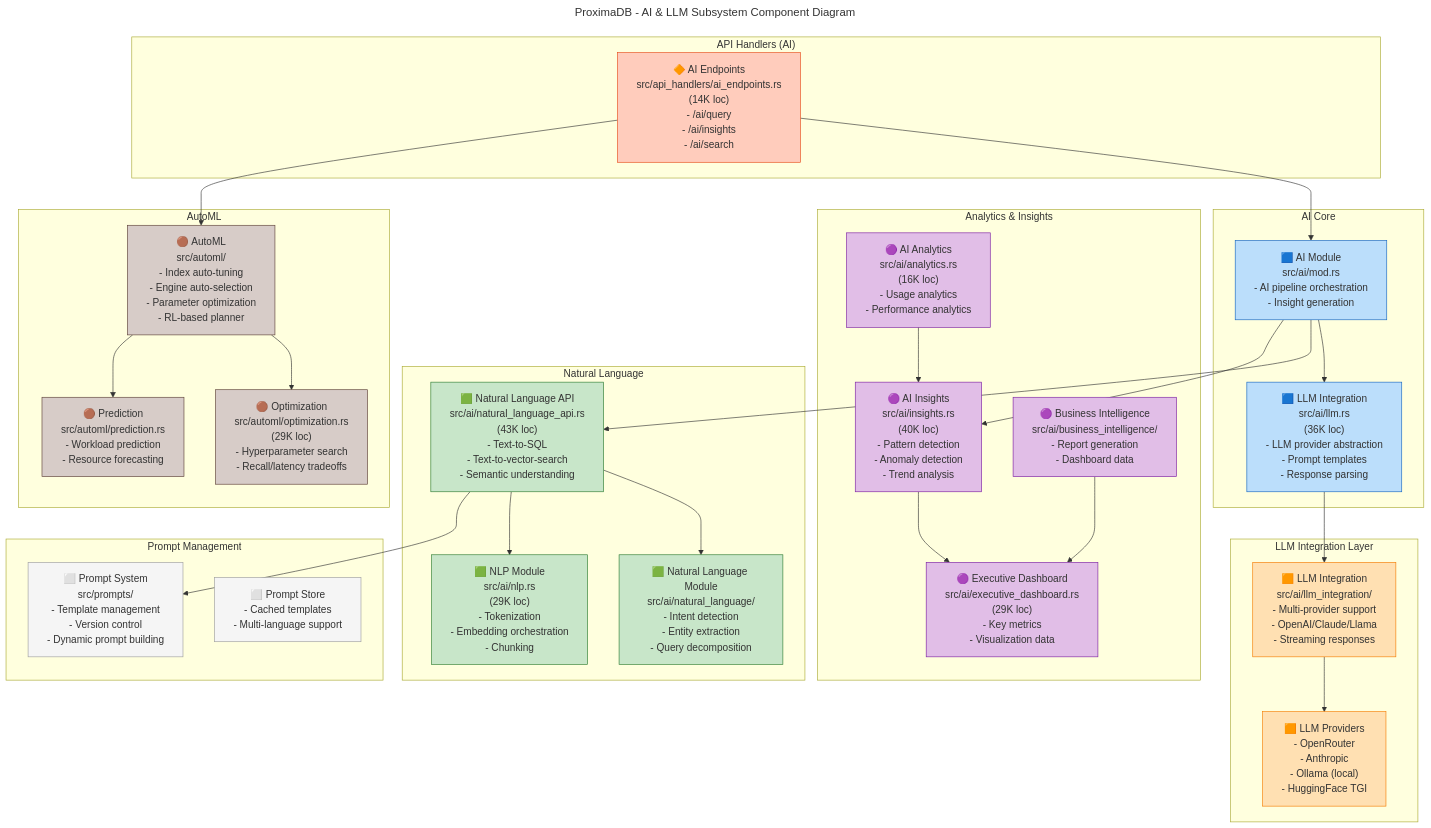
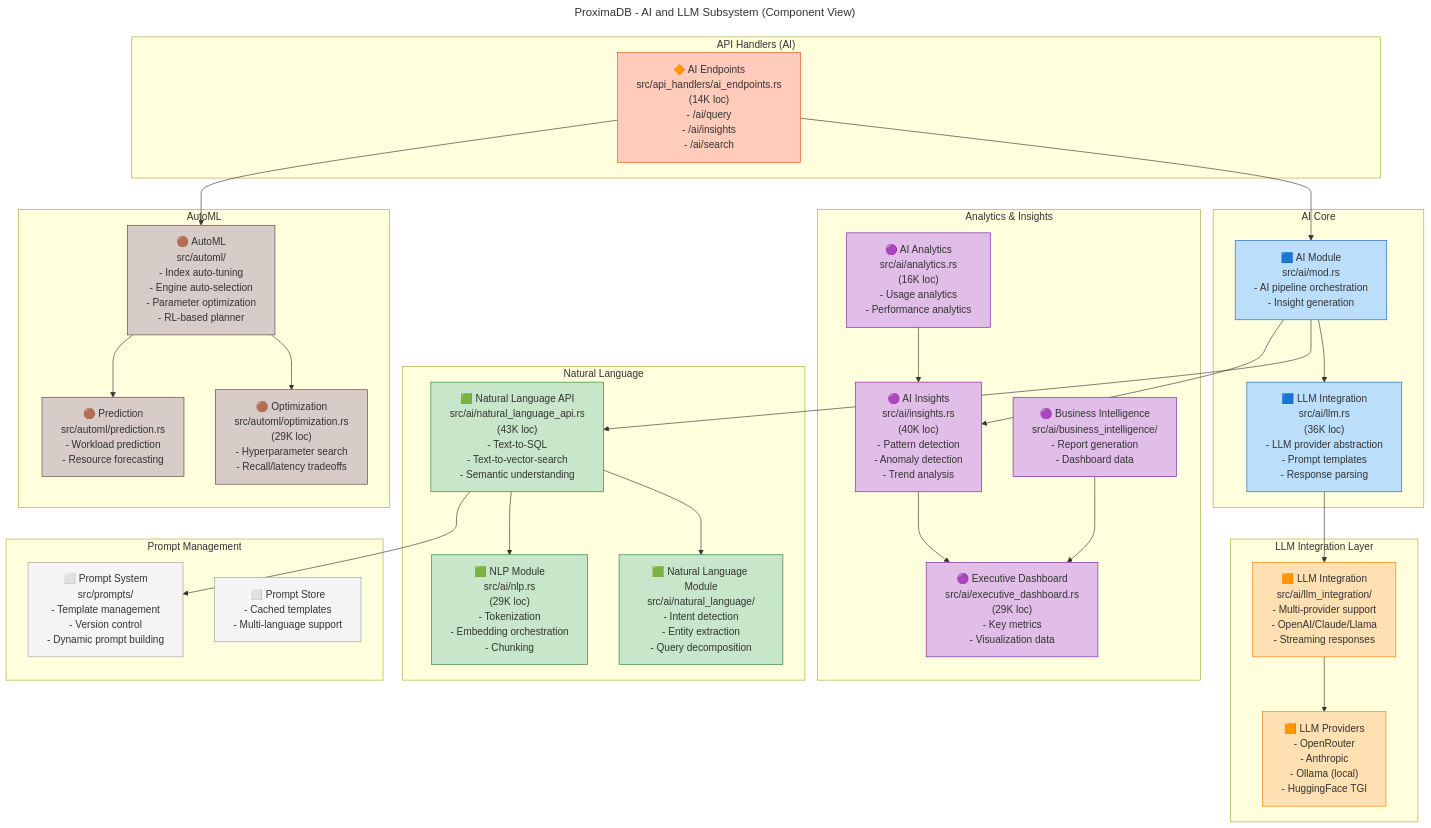
One commit to vjsingh1984/proximaDB changed the diagram in docs/architecture-diagrams/08-ai-llm/01-ai-component.mermaid. Above: the diagram before and after it, drawn with Mermaid. The commit also changed 16 other files, not shown here.

```diff
--- a/docs/architecture-diagrams/08-ai-llm/01-ai-component.mermaid
+++ b/docs/architecture-diagrams/08-ai-llm/01-ai-component.mermaid
@@ -1,79 +1,79 @@
 ---
-title: ProximaDB - AI & LLM Subsystem Component Diagram
+title: ProximaDB - AI and LLM Subsystem (Component View)
 ---
 graph TB
     subgraph "AI Core"
         AI_MOD["🟦 AI Module\nsrc/ai/mod.rs\n- AI pipeline orchestration\n- Insight generation"]
         LLM_CORE["🟦 LLM Integration\nsrc/ai/llm.rs\n(36K loc)\n- LLM provider abstraction\n- Prompt templates\n- Response parsing"]
     end
 
     subgraph "LLM Integration Layer"
         LLM_INT["🟧 LLM Integration\nsrc/ai/llm_integration/\n- Multi-provider support\n- OpenAI/Claude/Llama\n- Streaming responses"]
         LLM_PROVIDERS["🟧 LLM Providers\n- OpenRouter\n- Anthropic\n- Ollama (local)\n- HuggingFace TGI"]
     end
 
     subgraph "Natural Language"
         NL_API["🟩 Natural Language API\nsrc/ai/natural_language_api.rs\n(43K loc)\n- Text-to-SQL\n- Text-to-vector-search\n- Semantic understanding"]
         NL_MOD["🟩 Natural Language Module\nsrc/ai/natural_language/\n- Intent detection\n- Entity extraction\n- Query decomposition"]
         NLP["🟩 NLP Module\nsrc/ai/nlp.rs\n(29K loc)\n- Tokenization\n- Embedding orchestration\n- Chunking"]
     end
 
     subgraph "Analytics & Insights"
         INSIGHTS["🟣 AI Insights\nsrc/ai/insights.rs\n(40K loc)\n- Pattern detection\n- Anomaly detection\n- Trend analysis"]
         ANALYTICS["🟣 AI Analytics\nsrc/ai/analytics.rs\n(16K loc)\n- Usage analytics\n- Performance analytics"]
         BI["🟣 Business Intelligence\nsrc/ai/business_intelligence/\n- Report generation\n- Dashboard data"]
         DASHBOARD["🟣 Executive Dashboard\nsrc/ai/executive_dashboard.rs\n(29K loc)\n- Key metrics\n- Visualization data"]
     end
 
     subgraph "AutoML"
         AUTOML["🟤 AutoML\nsrc/automl/\n- Index auto-tuning\n- Engine auto-selection\n- Parameter optimization\n- RL-based planner"]
         OPTIMIZE["🟤 Optimization\nsrc/automl/optimization.rs\n(29K loc)\n- Hyperparameter search\n- Recall/latency tradeoffs"]
         PREDICT["🟤 Prediction\nsrc/automl/prediction.rs\n- Workload prediction\n- Resource forecasting"]
     end
 
     subgraph "Prompt Management"
         PROMPTS["⬜ Prompt System\nsrc/prompts/\n- Template management\n- Version control\n- Dynamic prompt building"]
         PROMPT_STORE["⬜ Prompt Store\n- Cached templates\n- Multi-language support"]
     end
 
     subgraph "API Handlers (AI)"
         AI_ENDPOINTS["🔶 AI Endpoints\nsrc/api_handlers/ai_endpoints.rs\n(14K loc)\n- /ai/query\n- /ai/insights\n- /ai/search"]
     end
 
     %% Flow
     AI_MOD --> LLM_CORE
     AI_MOD --> NL_API
     AI_MOD --> INSIGHTS
 
     LLM_CORE --> LLM_INT
     LLM_INT --> LLM_PROVIDERS
 
     NL_API --> NL_MOD
     NL_API --> NLP
     NL_API --> PROMPTS
 
     ANALYTICS --> INSIGHTS
     INSIGHTS --> DASHBOARD
     BI --> DASHBOARD
 
     AUTOML --> OPTIMIZE
     AUTOML --> PREDICT
 
     AI_ENDPOINTS --> AI_MOD
     AI_ENDPOINTS --> AUTOML
 
     classDef core fill:#bbdefb,stroke:#1565c0
     classDef llm fill:#ffe0b2,stroke:#f57c00
     classDef nl fill:#c8e6c9,stroke:#2e7d32
     classDef insights fill:#e1bee7,stroke:#7b1fa2
     classDef automl fill:#d7ccc8,stroke:#5d4037
     classDef prompts fill:#f5f5f5,stroke:#9e9e9e
     classDef api fill:#ffccbc,stroke:#e64a19
 
     class AI_MOD,LLM_CORE core
     class LLM_INT,LLM_PROVIDERS llm
     class NL_API,NL_MOD,NLP nl
     class INSIGHTS,ANALYTICS,BI,DASHBOARD insights
     class AUTOML,OPTIMIZE,PREDICT automl
     class PROMPTS,PROMPT_STORE prompts
     class AI_ENDPOINTS api
```
